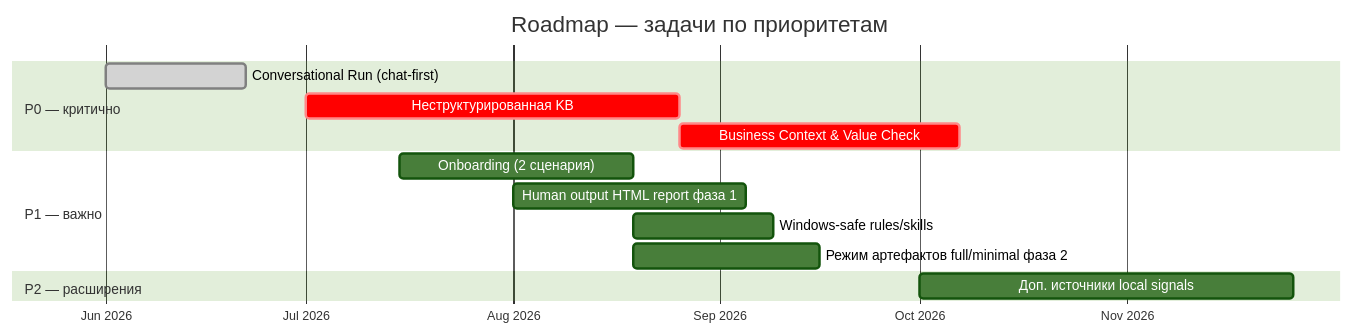
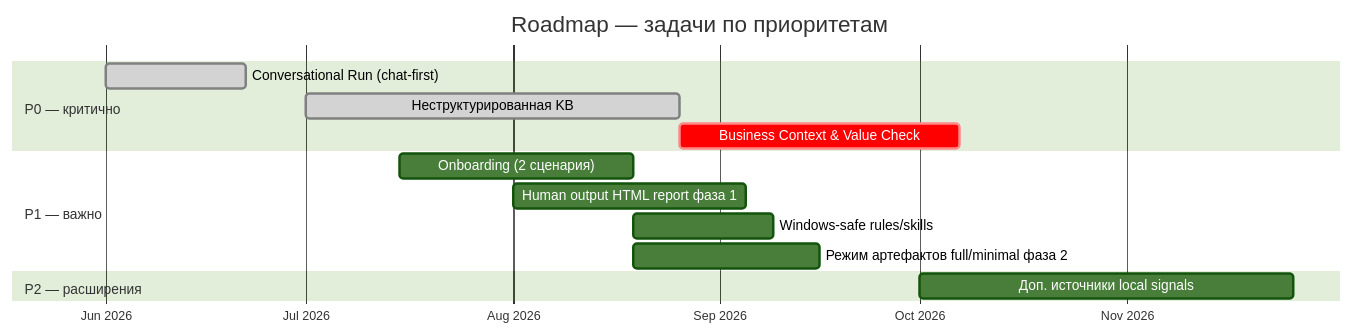
One commit to SergeyNash/hypothesis-stress-test changed the diagram in roadmap/README.md. Above: the diagram before and after it, drawn with Mermaid (forest theme). The commit also changed other lines of this file and 13 other files, not shown here.

````diff
--- a/roadmap/README.md
+++ b/roadmap/README.md
@@ -10,21 +10,21 @@
 ```mermaid
 gantt
     title Roadmap — задачи по приоритетам
     dateFormat YYYY-MM-DD
     axisFormat %b %Y
     todayMarker on
 
     section P0 — критично
     Conversational Run (chat-first)           :done, p0conv, 2026-06-01, 3w
-    Неструктурированная KB                  :crit, p0kb, 2026-07-01, 8w
+    Неструктурированная KB                  :done, p0kb, 2026-07-01, 8w
     Business Context & Value Check            :crit, p0biz, after p0kb, 6w
 
     section P1 — важно
     Onboarding (2 сценария)                   :p1on, 2026-07-15, 5w
     Human output HTML report фаза 1             :p1html, 2026-08-01, 5w
     Windows-safe rules/skills                 :p1win, after p1on, 3w
     Режим артефактов full/minimal фаза 2      :p1modes, after p1on, 4w
 
     section P2 — расширения
     Доп. источники local signals              :p2sig, 2026-10-01, 8w
 ```
````
